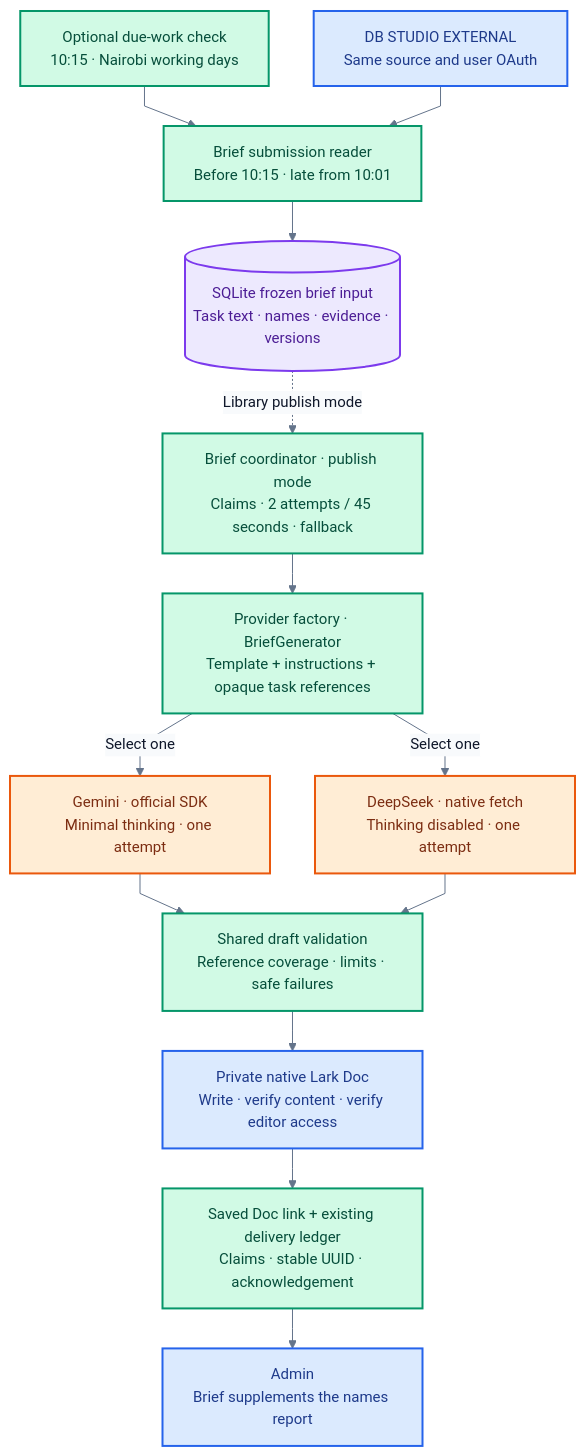
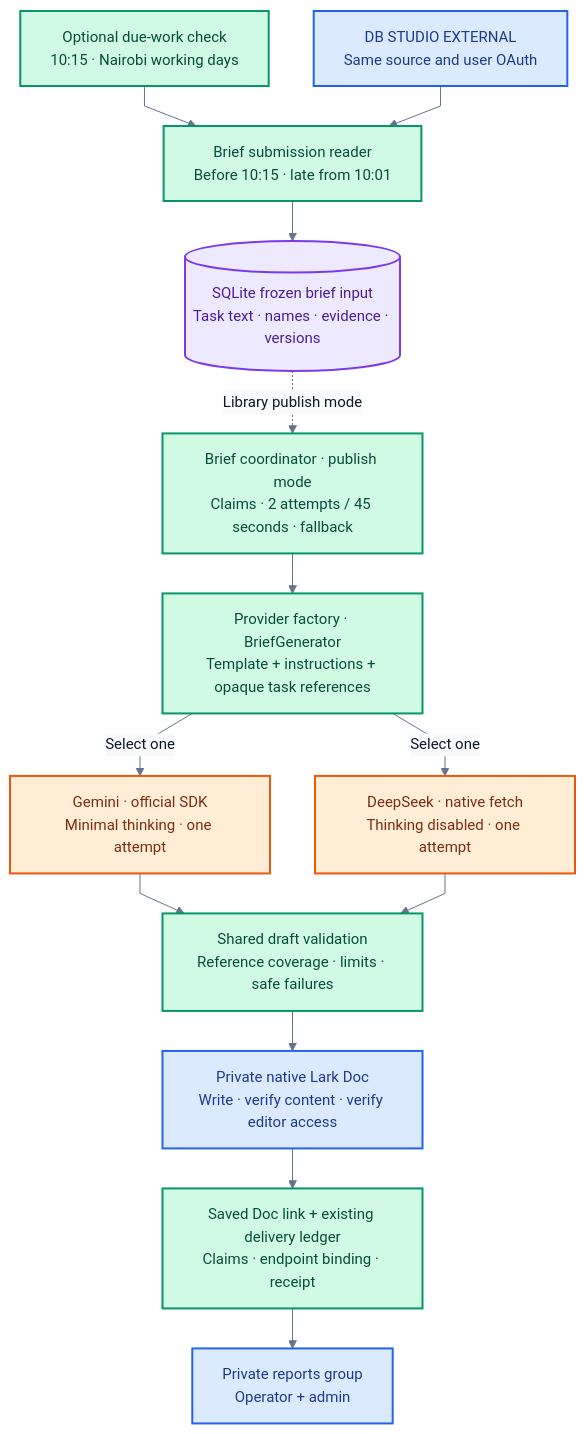
Before and after one commit to mbeka02/task-list-submission-automation: the second of 5 diagrams in README.md, drawn with Mermaid. The commit also changed other lines of this file and 3 other files, not shown here.

````diff
--- a/README.md
+++ b/README.md
@@ -88,35 +88,35 @@
 ```mermaid
 %%{init: {"theme":"base","themeVariables":{"fontFamily":"sans-serif","fontSize":"15px","lineColor":"#64748b","primaryTextColor":"#0f172a","edgeLabelBackground":"#f8fafc"},"flowchart":{"curve":"linear","nodeSpacing":45,"rankSpacing":40}}}%%
 flowchart TB
     SCHEDULE_AI["Optional due-work check<br/>10:15 · Nairobi working days"]:::worker
     SOURCE_AI["DB STUDIO EXTERNAL<br/>Same source and user OAuth"]:::lark
     CAPTURE["Brief submission reader<br/>Before 10:15 · late from 10:01"]:::worker
     INPUT[("SQLite frozen brief input<br/>Task text · names · evidence · versions")]:::storage
     COORD["Brief coordinator · publish mode<br/>Claims · 2 attempts / 45 seconds · fallback"]:::worker
     SELECT["Provider factory · BriefGenerator<br/>Template + instructions + opaque task references"]:::worker
     GEMINI["Gemini · official SDK<br/>Minimal thinking · one attempt"]:::provider
     DEEPSEEK["DeepSeek · native fetch<br/>Thinking disabled · one attempt"]:::provider
     VALIDATE["Shared draft validation<br/>Reference coverage · limits · safe failures"]:::worker
     DOC["Private native Lark Doc<br/>Write · verify content · verify editor access"]:::lark
-    LINK["Saved Doc link + existing delivery ledger<br/>Claims · stable UUID · acknowledgement"]:::worker
-    ADMIN["Admin<br/>Brief supplements the names report"]:::lark
+    LINK["Saved Doc link + existing delivery ledger<br/>Claims · endpoint binding · receipt"]:::worker
+    ADMIN["Private reports group<br/>Operator + admin"]:::lark
 
     SCHEDULE_AI --> CAPTURE
     SOURCE_AI --> CAPTURE
     CAPTURE --> INPUT
     INPUT -.->|Library publish mode| COORD
     COORD --> SELECT
     SELECT -->|Select one| GEMINI
     SELECT -->|Select one| DEEPSEEK
     GEMINI --> VALIDATE
     DEEPSEEK --> VALIDATE
     VALIDATE --> DOC
     DOC --> LINK
     LINK --> ADMIN
 
     classDef lark fill:#dbeafe,stroke:#2563eb,color:#1e3a8a,stroke-width:2px;
     classDef worker fill:#d1fae5,stroke:#059669,color:#064e3b,stroke-width:2px;
     classDef storage fill:#ede9fe,stroke:#7c3aed,color:#4c1d95,stroke-width:2px;
     classDef provider fill:#ffedd5,stroke:#ea580c,color:#7c2d12,stroke-width:2px;
     classDef planned fill:#f1f5f9,stroke:#64748b,color:#334155,stroke-width:2px,stroke-dasharray:5 4;
 ```
````
